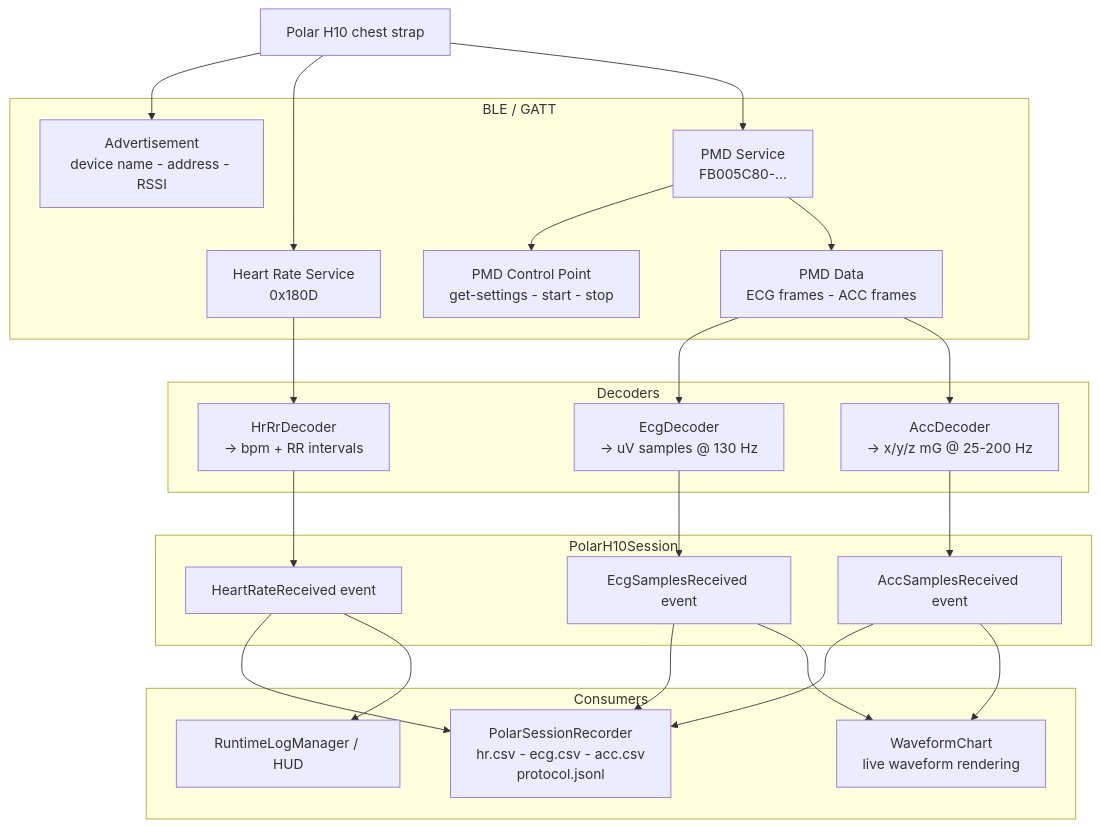
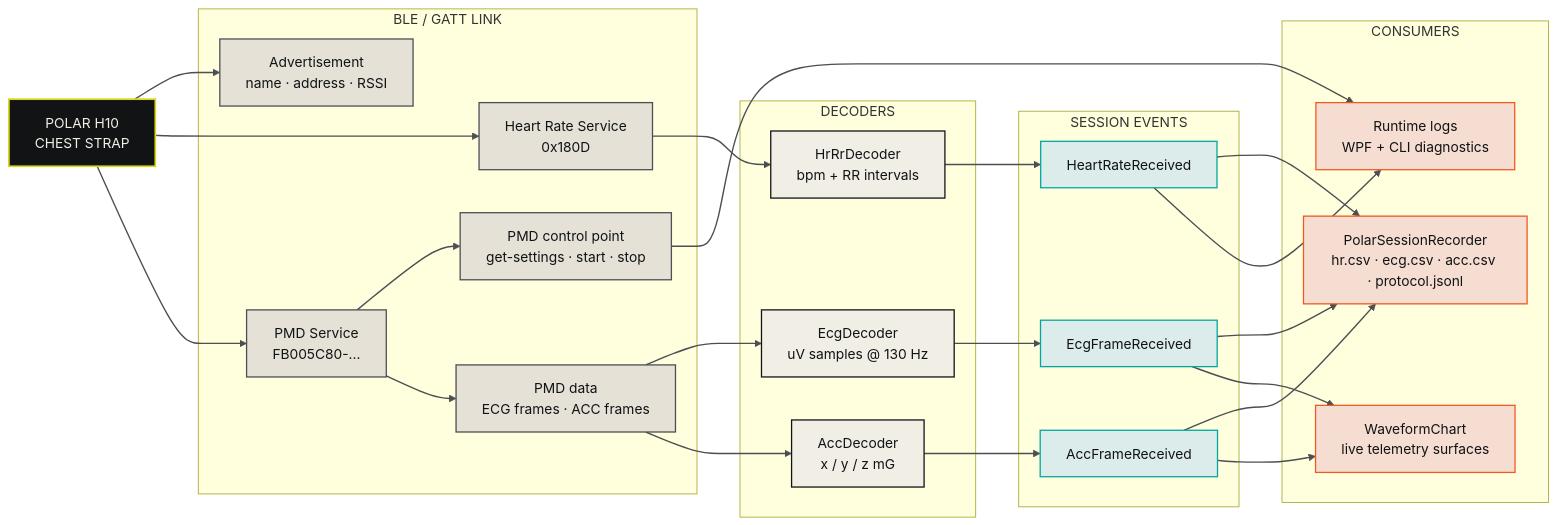
Before and after one commit to MesmerPrism/PolarH10: the third of 3 diagrams in README.md, drawn with Mermaid. The commit also changed other lines of this file and 21 other files, not shown here.

Commit message:
Tighten brutal UI preview and Mermaid docs

````diff
--- a/README.md
+++ b/README.md
@@ -152,47 +172,60 @@
 ```mermaid
-flowchart TD
-    H10["Polar H10 chest strap"]
+flowchart LR
+    H10["POLAR H10<br/>CHEST STRAP"]
 
-    subgraph BLE["BLE / GATT"]
-        ADV["Advertisement\ndevice name - address - RSSI"]
-        HRS["Heart Rate Service\n0x180D"]
-        PMD["PMD Service\nFB005C80-..."]
-        CTRL["PMD Control Point\nget-settings - start - stop"]
-        DATA["PMD Data\nECG frames - ACC frames"]
+    subgraph Link["BLE / GATT LINK"]
+        ADV["Advertisement<br/>name · address · RSSI"]
+        HRS["Heart Rate Service<br/>0x180D"]
+        PMD["PMD Service<br/>FB005C80-..."]
+        CTRL["PMD control point<br/>get-settings · start · stop"]
+        DATA["PMD data<br/>ECG frames · ACC frames"]
     end
 
-    subgraph Decode["Decoders"]
-        DHR["HrRrDecoder\n-> bpm + RR intervals"]
-        DECG["EcgDecoder\n-> uV samples @ 130 Hz"]
-        DACC["AccDecoder\n-> x/y/z mG @ 25-200 Hz"]
+    subgraph Decode["DECODERS"]
+        DHR["HrRrDecoder<br/>bpm + RR intervals"]
+        DECG["EcgDecoder<br/>uV samples @ 130 Hz"]
+        DACC["AccDecoder<br/>x / y / z mG"]
     end
 
-    subgraph Session["PolarH10Session"]
-        SHR["HeartRateReceived event"]
-        SECG["EcgSamplesReceived event"]
-        SACC["AccSamplesReceived event"]
+    subgraph Session["SESSION EVENTS"]
+        SHR["HeartRateReceived"]
+        SECG["EcgFrameReceived"]
+        SACC["AccFrameReceived"]
     end
 
-    subgraph Output["Consumers"]
-        REC["PolarSessionRecorder\nhr.csv - ecg.csv - acc.csv\nprotocol.jsonl"]
-        CHART["WaveformChart\nlive waveform rendering"]
-        LOG["RuntimeLogManager / HUD"]
+    subgraph Output["CONSUMERS"]
+        REC["PolarSessionRecorder<br/>hr.csv · ecg.csv · acc.csv · protocol.jsonl"]
+        CHART["WaveformChart<br/>live telemetry surfaces"]
+        LOG["Runtime logs<br/>WPF + CLI diagnostics"]
     end
 
     H10 --> ADV
     H10 --> HRS
     H10 --> PMD
     PMD --> CTRL
     PMD --> DATA
 
     HRS --> DHR --> SHR
     DATA --> DECG --> SECG
     DATA --> DACC --> SACC
 
     SHR --> REC
     SECG --> REC
     SACC --> REC
     SHR --> LOG
     SECG --> CHART
     SACC --> CHART
+    CTRL --> LOG
+
+    classDef hardware fill:#111315,stroke:#D8D61A,color:#F1EEE6,stroke-width:2px;
+    classDef link fill:#E6E1D7,stroke:#4B4F52,color:#111315,stroke-width:1.5px;
+    classDef decode fill:#F1EEE6,stroke:#111315,color:#111315,stroke-width:1.5px;
+    classDef session fill:#DCECEB,stroke:#00A7A0,color:#111315,stroke-width:1.5px;
+    classDef output fill:#F6DDD2,stroke:#F05A22,color:#111315,stroke-width:1.5px;
+    class H10 hardware;
+    class ADV,HRS,PMD,CTRL,DATA link;
+    class DHR,DECG,DACC decode;
+    class SHR,SECG,SACC session;
+    class REC,CHART,LOG output;
+    linkStyle default stroke:#4B4F52,stroke-width:1.6px;
 ```
````
